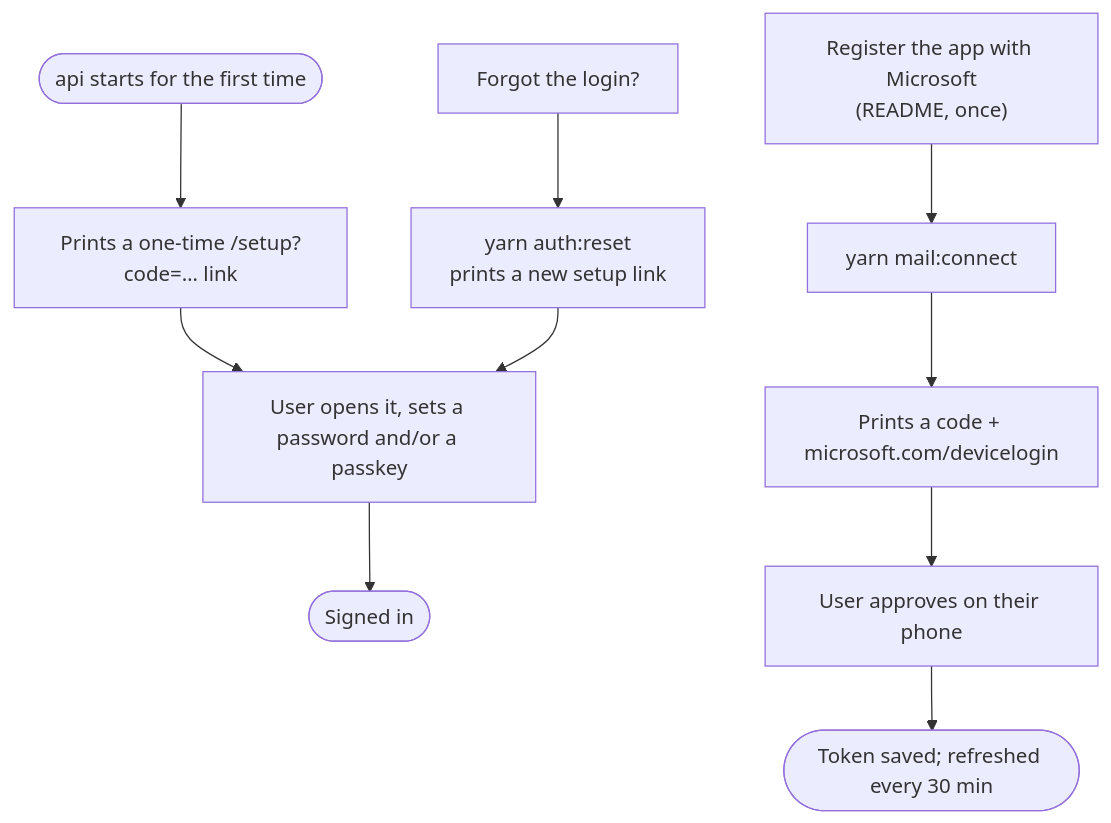
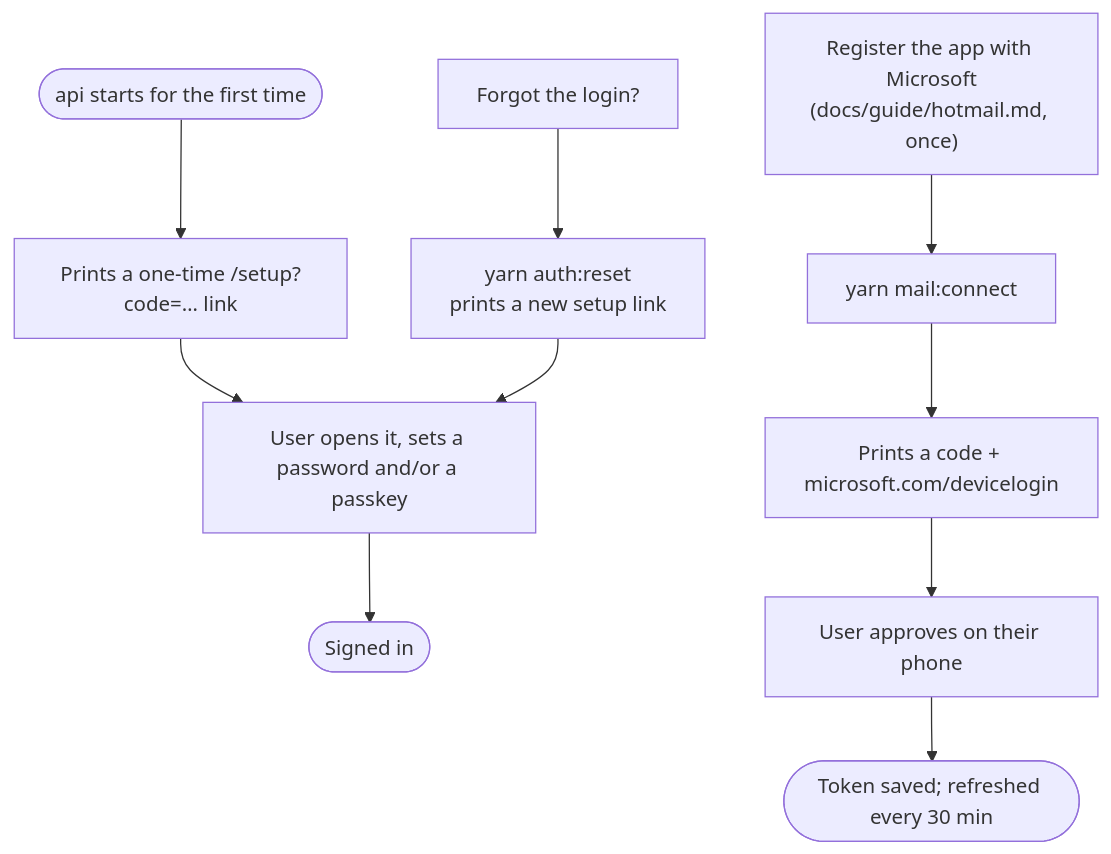
The second of 4 diagrams in docs/flow.md (MarioWork/meter-reader), drawn with Mermaid before and after one commit. The commit also changed 15 other files, not shown here.

````diff
--- a/docs/flow.md
+++ b/docs/flow.md
@@ -25,14 +25,14 @@
 ```mermaid
 flowchart TD
     start(["api starts for the first time"]) --> setupLink["Prints a one-time /setup?code=… link"]
     setupLink --> setup["User opens it, sets a password and/or a passkey"]
     setup --> signedIn(["Signed in"])
 
-    reg["Register the app with Microsoft<br/>(README, once)"] --> connect["yarn mail:connect"]
+    reg["Register the app with Microsoft<br/>(docs/guide/hotmail.md, once)"] --> connect["yarn mail:connect"]
     connect --> code["Prints a code + microsoft.com/devicelogin"]
     code --> approve["User approves on their phone"]
     approve --> saved(["Token saved; refreshed every 30 min"])
 
     lost["Forgot the login?"] --> reset["yarn auth:reset<br/>prints a new setup link"]
     reset --> setup
 ```
````
